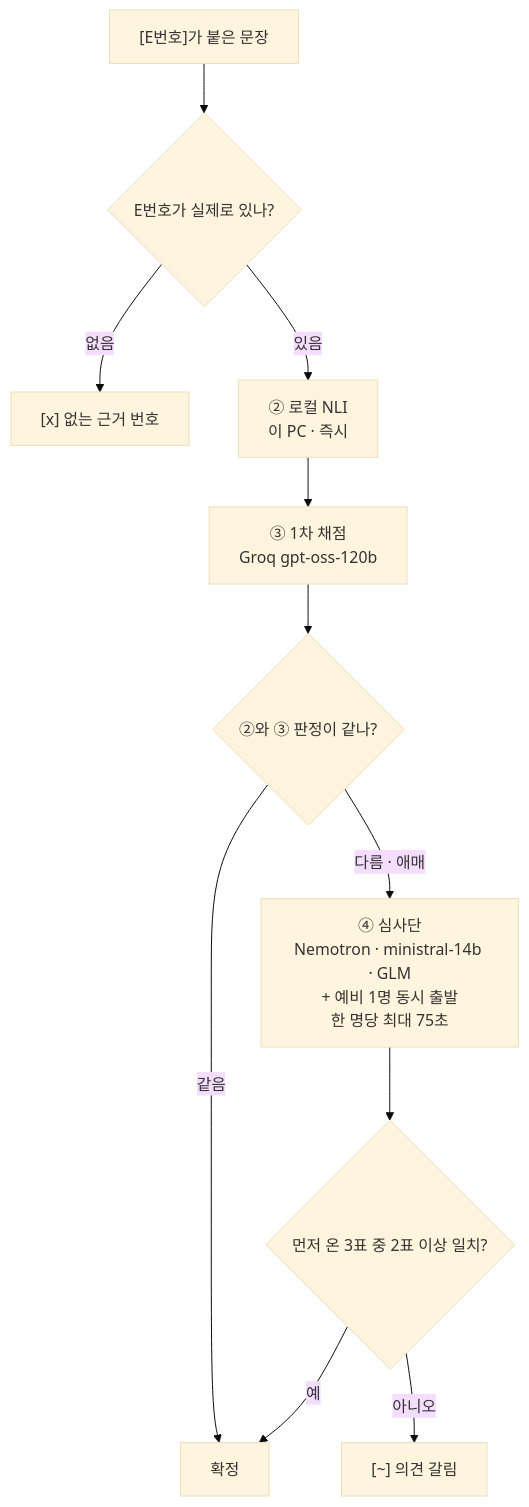
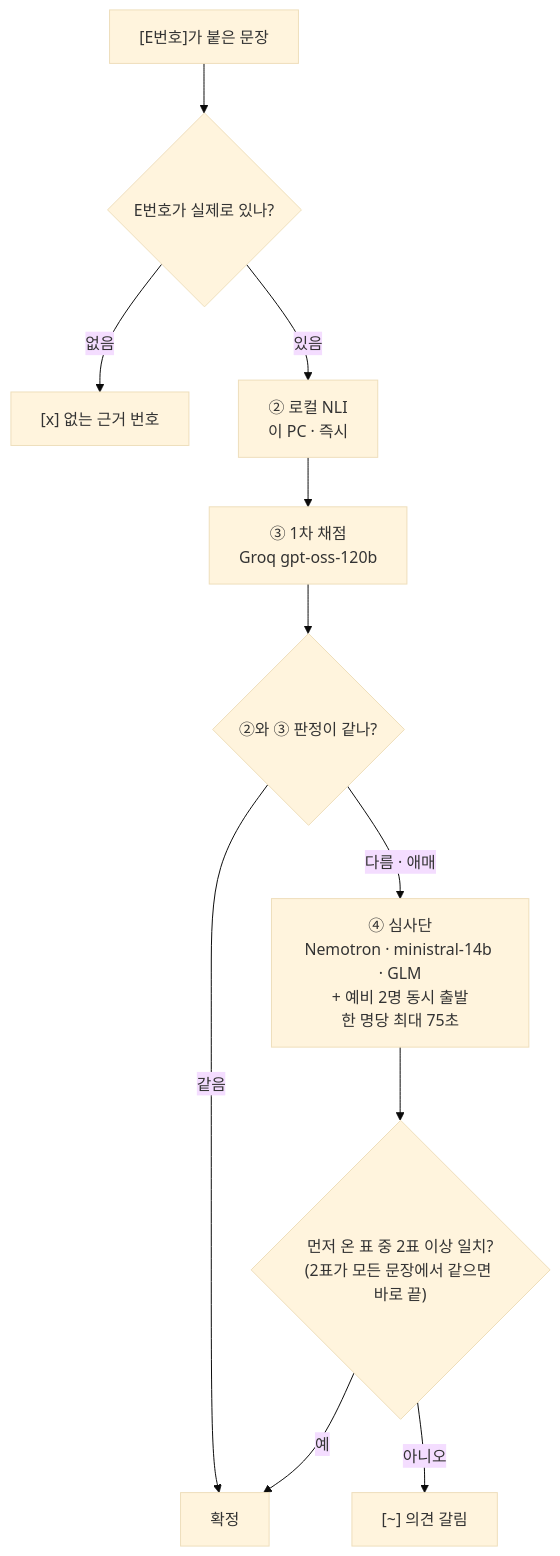
One commit to Sir08DDoorri18/custom-research-model changed the fourth of 4 diagrams in docs/FLOW.md. Above: the diagram before and after it, drawn with Mermaid (base theme). The commit also changed other lines of this file and 8 other files, not shown here.

````diff
--- a/docs/FLOW.md
+++ b/docs/FLOW.md
@@ -144,13 +154,13 @@
 ```mermaid
 flowchart TD
   S["[E번호]가 붙은 문장"] --> X{"E번호가 실제로 있나?"}
   X -- 없음 --> BAD["[x] 없는 근거 번호"]
   X -- 있음 --> N["② 로컬 NLI<br/>이 PC · 즉시"]
   N --> G["③ 1차 채점<br/>Groq gpt-oss-120b"]
   G --> AG{"②와 ③ 판정이 같나?"}
   AG -- 같음 --> DONE["확정"]
-  AG -- "다름 · 애매" --> J["④ 심사단<br/>Nemotron · ministral-14b · GLM<br/>+ 예비 1명 동시 출발<br/>한 명당 최대 75초"]
-  J --> V{"먼저 온 3표 중 2표 이상 일치?"}
+  AG -- "다름 · 애매" --> J["④ 심사단<br/>Nemotron · ministral-14b · GLM<br/>+ 예비 2명 동시 출발<br/>한 명당 최대 75초"]
+  J --> V{"먼저 온 표 중 2표 이상 일치?<br/>(2표가 모든 문장에서 같으면 바로 끝)"}
   V -- 예 --> DONE
   V -- 아니오 --> WEAK["[~] 의견 갈림"]
 ```
````
